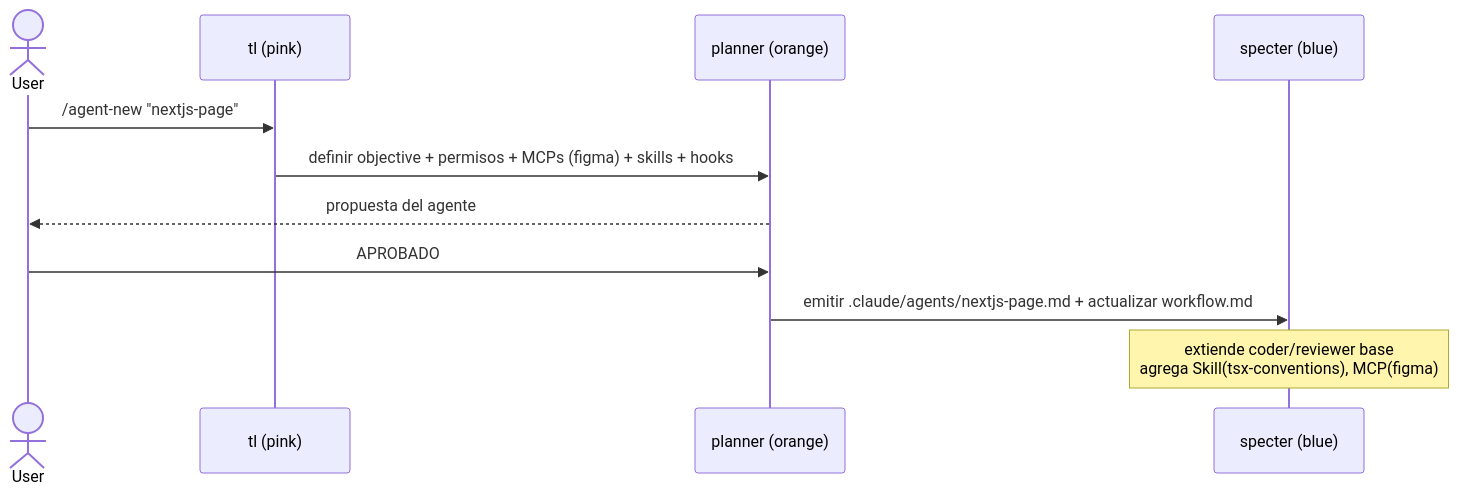
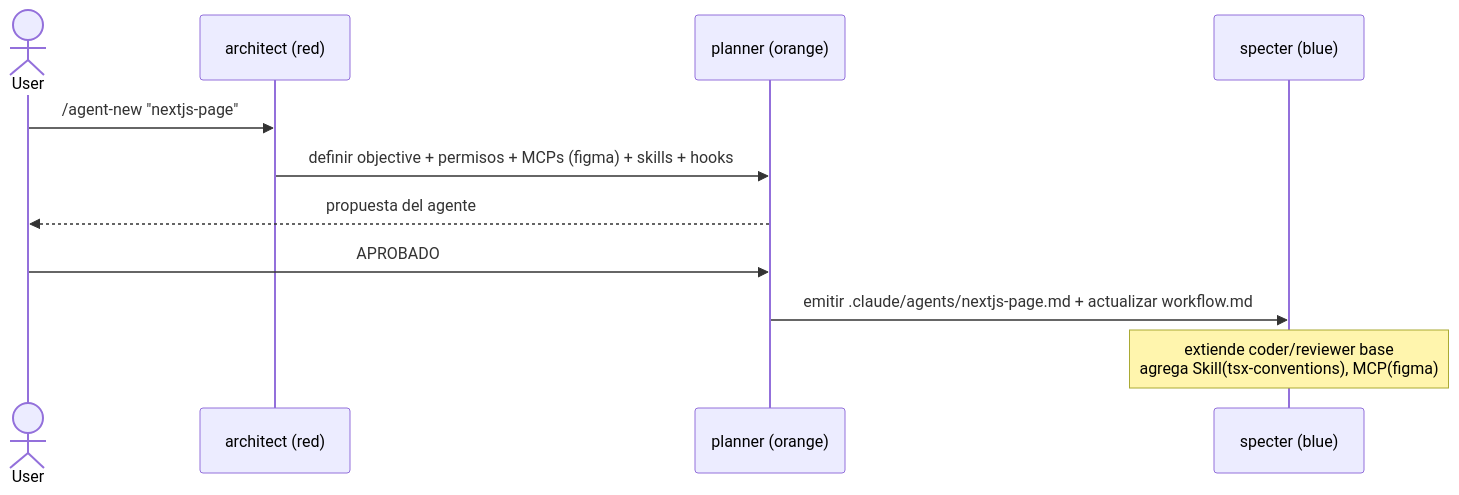
The fourth of 4 diagrams in .claude/specs/diagrams/sequences.md (Christian-Rojas-Rodriguez/open-factory-spec), drawn with Mermaid before and after one commit. The commit also changed other lines of this file and 81 other files, not shown here.

````diff
--- a/.claude/specs/diagrams/sequences.md
+++ b/.claude/specs/diagrams/sequences.md
@@ -171,13 +171,13 @@
 ```mermaid
 sequenceDiagram
     actor User
-    participant TL as tl (pink)
+    participant AR as architect (red)
     participant P as planner (orange)
     participant S as specter (blue)
-    User->>TL: /agent-new "nextjs-page"
-    TL->>P: definir objective + permisos + MCPs (figma) + skills + hooks
+    User->>AR: /agent-new "nextjs-page"
+    AR->>P: definir objective + permisos + MCPs (figma) + skills + hooks
     P-->>User: propuesta del agente
     User->>P: APROBADO
     P->>S: emitir .claude/agents/nextjs-page.md + actualizar workflow.md
     Note over S: extiende coder/reviewer base<br/>agrega Skill(tsx-conventions), MCP(figma)
 ```
````
